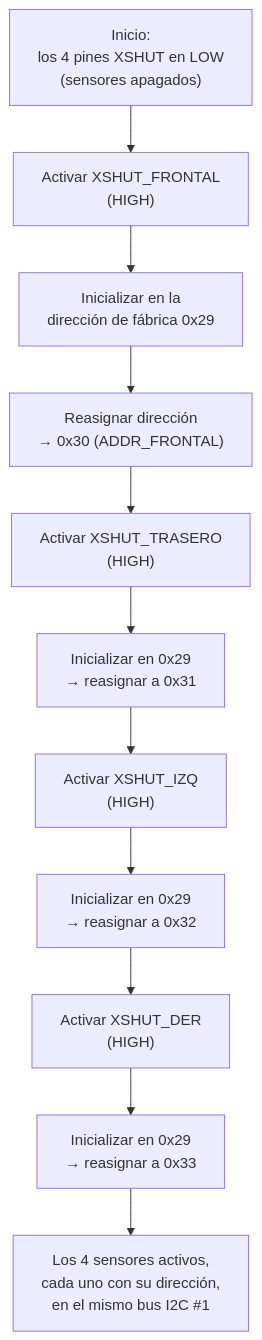
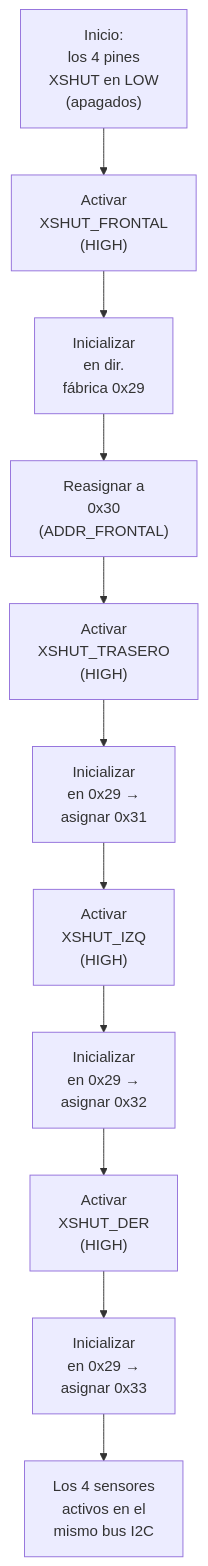
One commit to erchivox/Prometheus-Team-2026 changed the fourth of 18 diagrams in README.md. Above: the diagram before and after it, drawn with Mermaid.

Commit message:
Revise sensor initialization flowchart in README

````diff
--- a/README.md
+++ b/README.md
@@ -579,13 +579,13 @@
 ```mermaid
 flowchart TD
-    A["Inicio:<br>los 4 pines XSHUT en LOW<br>(sensores apagados)"] --> B["Activar XSHUT_FRONTAL<br>(HIGH)"]
-    B --> C["Inicializar en la<br>dirección de fábrica 0x29"]
-    C --> D["Reasignar dirección<br>→ 0x30 (ADDR_FRONTAL)"]
-    D --> E["Activar XSHUT_TRASERO<br>(HIGH)"]
-    E --> F["Inicializar en 0x29<br>→ reasignar a 0x31"]
-    F --> G["Activar XSHUT_IZQ<br>(HIGH)"]
-    G --> H["Inicializar en 0x29<br>→ reasignar a 0x32"]
-    H --> I["Activar XSHUT_DER<br>(HIGH)"]
-    I --> J["Inicializar en 0x29<br>→ reasignar a 0x33"]
-    J --> K["Los 4 sensores activos,<br>cada uno con su dirección,<br>en el mismo bus I2C #1"]
+    A["Inicio:<br>los 4 pines<br>XSHUT en LOW<br>(apagados)"] --> B["Activar<br>XSHUT_FRONTAL<br>(HIGH)"]
+    B --> C["Inicializar<br>en dir.<br>fábrica 0x29"]
+    C --> D["Reasignar a<br>0x30<br>(ADDR_FRONTAL)"]
+    D --> E["Activar<br>XSHUT_TRASERO<br>(HIGH)"]
+    E --> F["Inicializar<br>en 0x29 →<br>asignar 0x31"]
+    F --> G["Activar<br>XSHUT_IZQ<br>(HIGH)"]
+    G --> H["Inicializar<br>en 0x29 →<br>asignar 0x32"]
+    H --> I["Activar<br>XSHUT_DER<br>(HIGH)"]
+    I --> J["Inicializar<br>en 0x29 →<br>asignar 0x33"]
+    J --> K["Los 4 sensores<br>activos en el<br>mismo bus I2C"]
 ```
````
